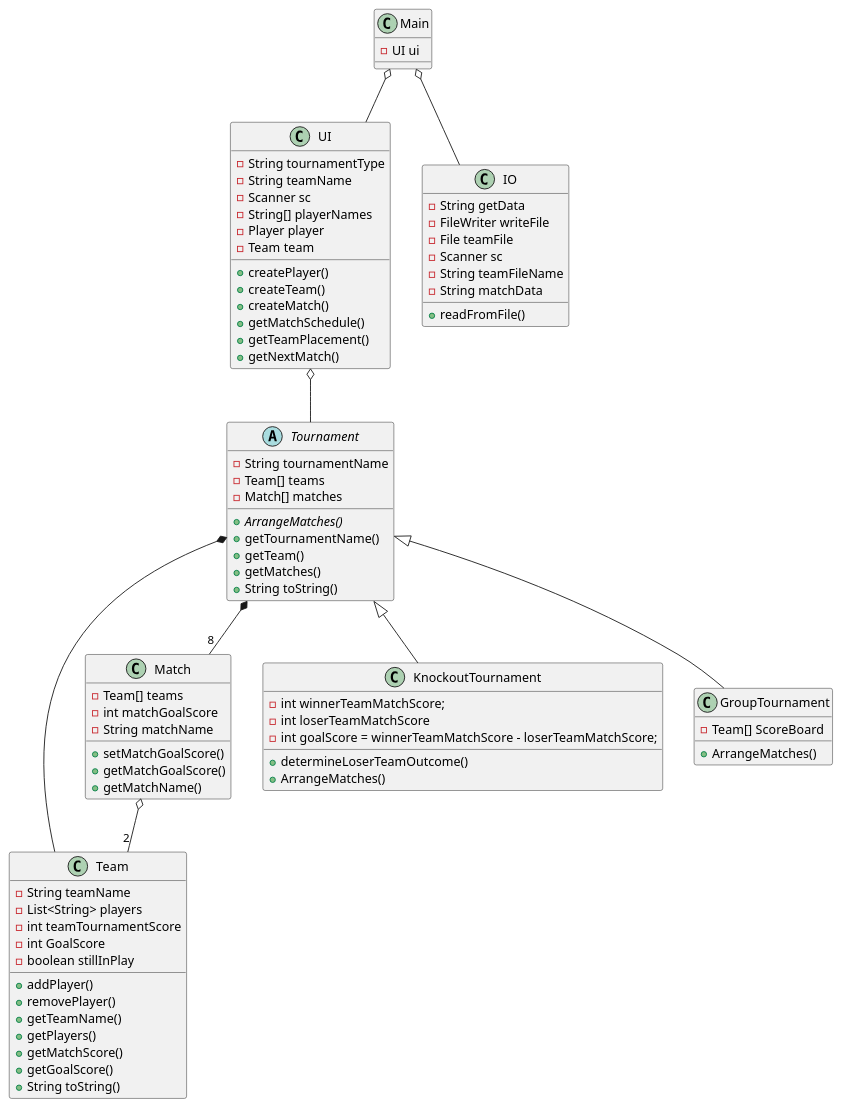
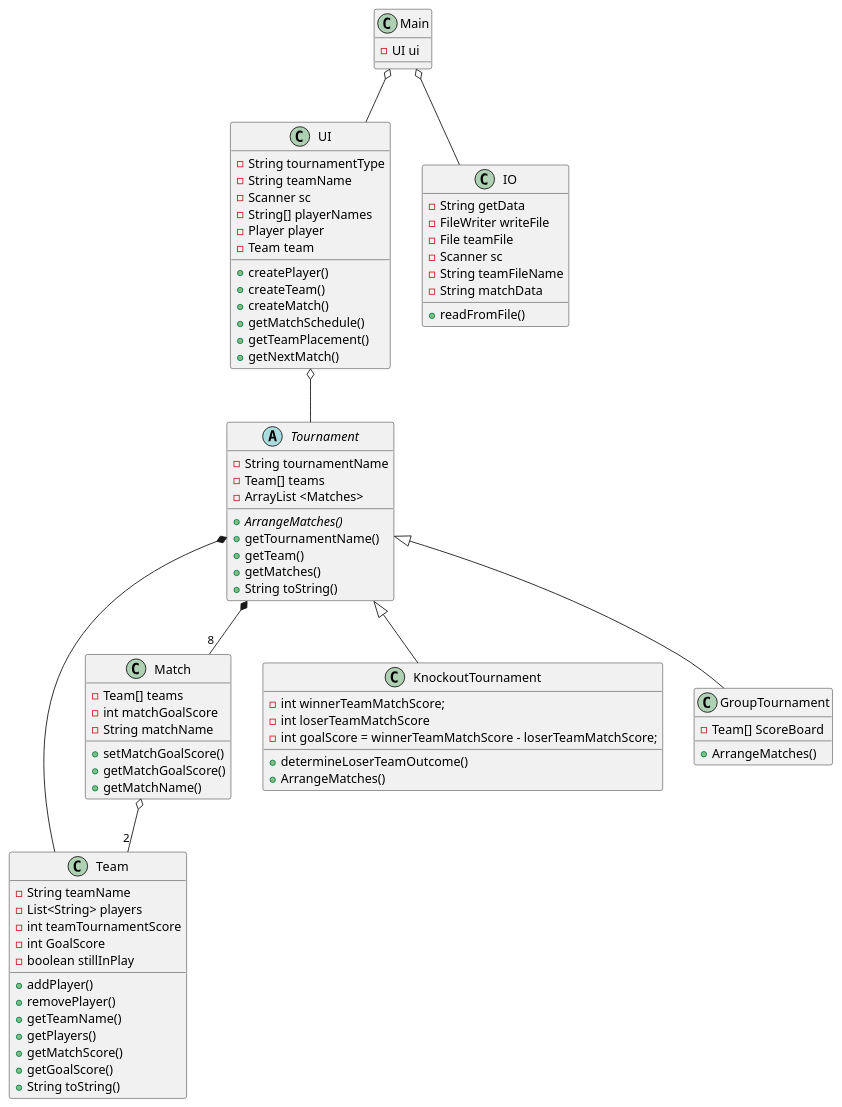
One commit to DeRp-DaWg/SP3 changed the diagram in doc/Class.puml. Above: the diagram before and after it, drawn with PlantUML. The commit also changed 2 other files, not shown here.

```diff
--- a/doc/Class.puml
+++ b/doc/Class.puml
@@ -1,90 +1,90 @@
 @startuml
 'https://plantuml.com/class-diagram
 
 class Main{
 -UI ui
 }
 
 
 class Team {
 -String teamName
 -List<String> players
 -int teamTournamentScore
 -int GoalScore
 -boolean stillInPlay
 +addPlayer()
 +removePlayer()
 +getTeamName()
 +getPlayers()
 +getMatchScore()
 +getGoalScore()
 +String toString()
 }
 
 class Match{
 -Team[] teams
 -int matchGoalScore
 -String matchName
 +setMatchGoalScore()
 +getMatchGoalScore()
 +getMatchName()
 }
 
 abstract Tournament {
 -String tournamentName
 -Team[] teams
--Match[] matches
+-ArrayList <Matches>
 +{abstract}ArrangeMatches()
 +getTournamentName()
 +getTeam()
 +getMatches()
 +String toString()
 }
 
 class KnockoutTournament{
 -int winnerTeamMatchScore;
 -int loserTeamMatchScore
 -int goalScore = winnerTeamMatchScore - loserTeamMatchScore;
 +determineLoserTeamOutcome()
 +ArrangeMatches()
 }
 
 class GroupTournament{
 -Team[] ScoreBoard
 +ArrangeMatches()
 }
 
 class UI {
 -String tournamentType
 -String teamName
 -Scanner sc
 -String[] playerNames
 -Player player
 -Team team
 +createPlayer()
 +createTeam()
 +createMatch()
 +getMatchSchedule()
 +getTeamPlacement()
 +getNextMatch()
 }
 
 class IO {
 -String getData
 -FileWriter writeFile
 -File teamFile
 -Scanner sc
 -String teamFileName
 -String matchData
 +readFromFile()
 }
 
 UI o-- Tournament
 Main o-- IO
 Tournament *-- "8" Match
 Tournament *-- Team
 Match o-- "2" Team
 Tournament <|-- KnockoutTournament
 Tournament <|-- GroupTournament
 Main o-- UI
 @enduml
```
